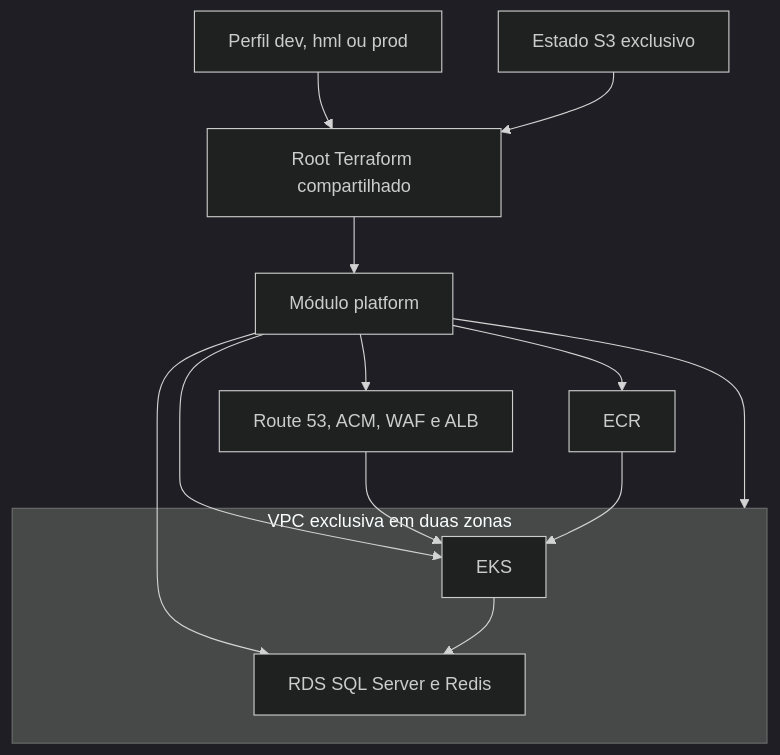
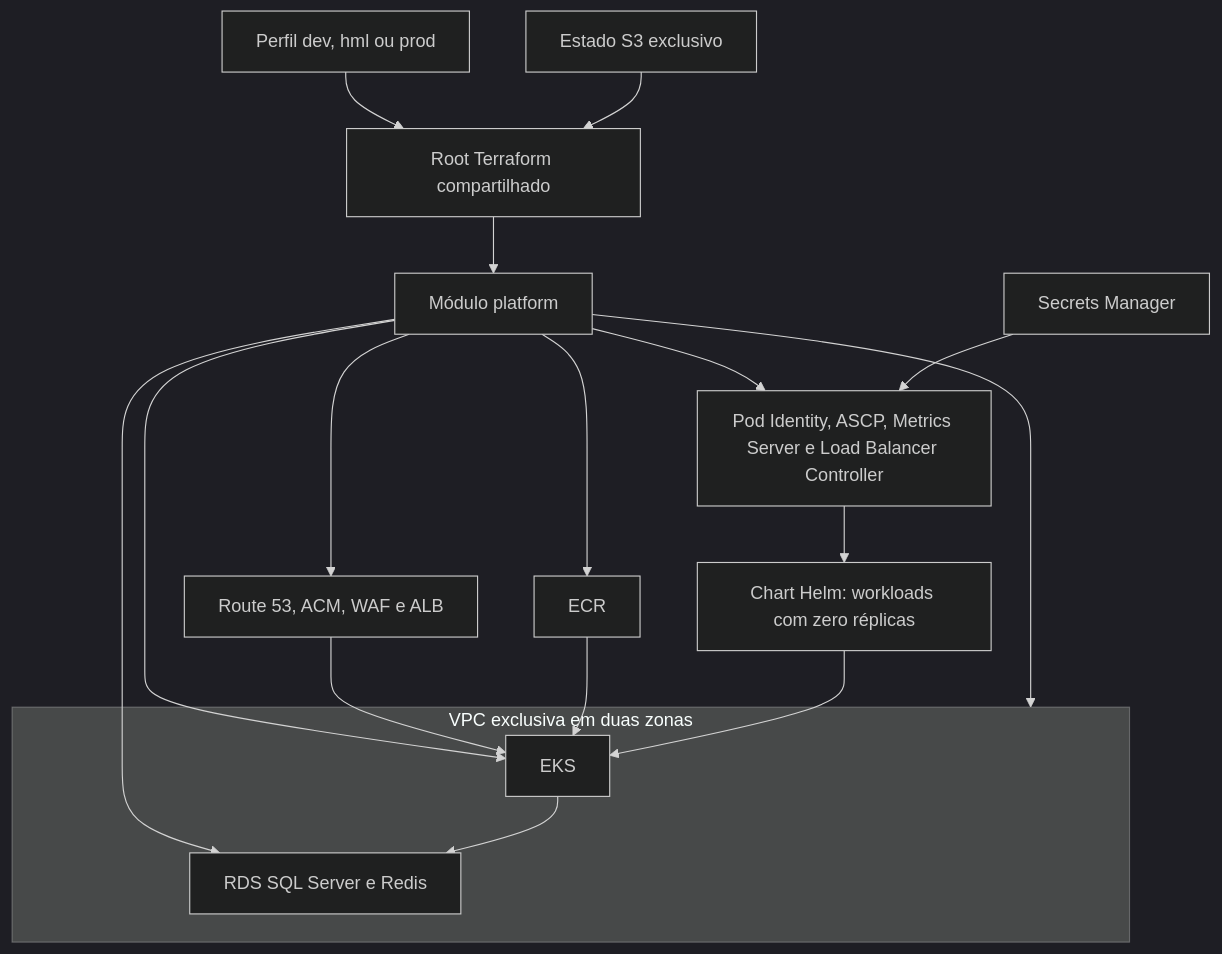
One commit to wellingtonfds/shipment-tracking-infra changed the diagram in architecture/architecture.mmd. Above: the diagram before and after it, drawn with Mermaid (dark theme). The commit also changed 21 other files, not shown here.

Commit message:
refactor(deploy): centralizar baseline dos workloads

```diff
--- a/architecture/architecture.mmd
+++ b/architecture/architecture.mmd
@@ -1,16 +1,20 @@
 flowchart TB
   Config[Perfil dev, hml ou prod] --> Root[Root Terraform compartilhado]
   State[Estado S3 exclusivo] --> Root
   Root --> Module[Módulo platform]
   Module --> VPC
   Module --> Edge[Route 53, ACM, WAF e ALB]
   Module --> EKS
   Module --> Data[RDS SQL Server e Redis]
   Module --> ECR
+  Module --> Addons[Pod Identity, ASCP, Metrics Server e Load Balancer Controller]
+  Addons --> Baseline[Chart Helm: workloads com zero réplicas]
+  Secrets[Secrets Manager] --> Addons
 
   subgraph VPC[VPC exclusiva em duas zonas]
     EKS --> Data
   end
 
   Edge --> EKS
   ECR --> EKS
+  Baseline --> EKS
```
